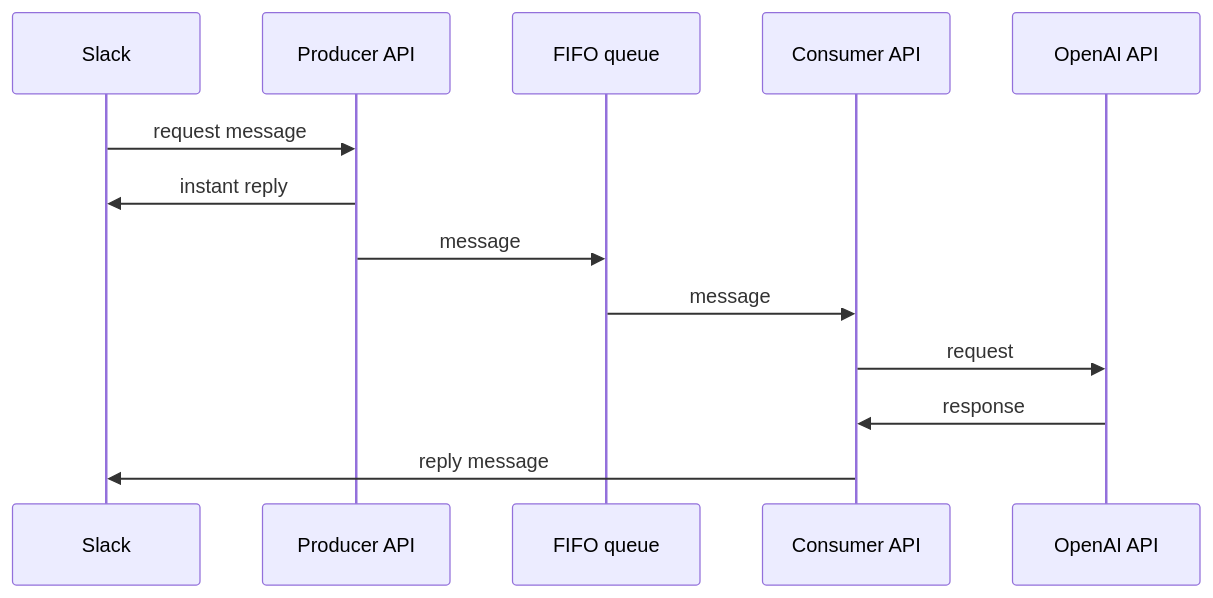
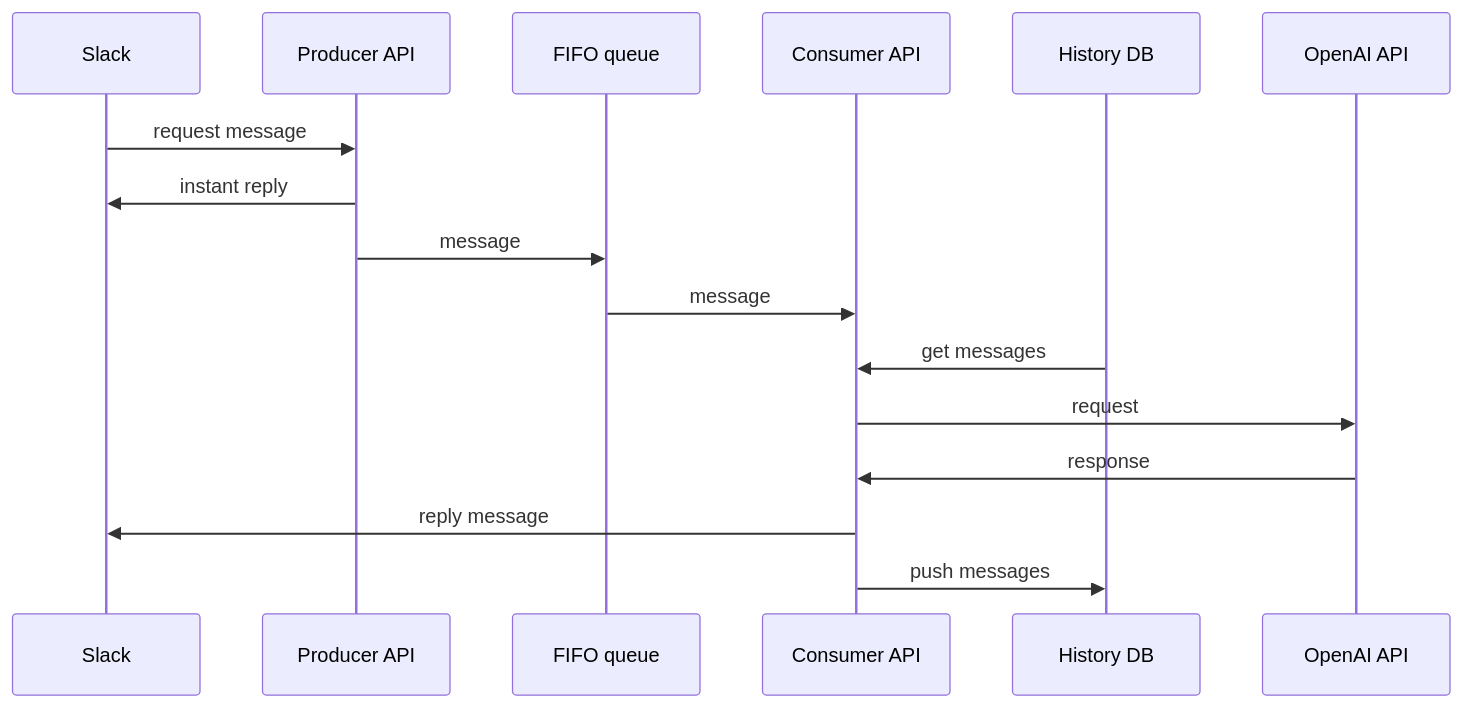
Before and after one commit to d16sekine/gpt-slack-bot-serverless: the diagram in README.md, drawn with Mermaid. The commit also changed other lines of this file and 8 other files, not shown here.

````diff
--- a/README.md
+++ b/README.md
@@ -25,14 +26,17 @@
 ```mermaid
 sequenceDiagram
     participant Slack
     participant Producer API
     participant FIFO queue
     participant Consumer API
+    participant History DB
     Slack ->> Producer API: request message
     Producer API ->> Slack: instant reply
     Producer API ->> FIFO queue: message
     FIFO queue ->> Consumer API: message
+    History DB ->> Consumer API: get messages
     Consumer API ->> OpenAI API: request
     OpenAI API ->> Consumer API: response
     Consumer API ->> Slack: reply message
+    Consumer API ->> History DB: push messages
 ```
````
